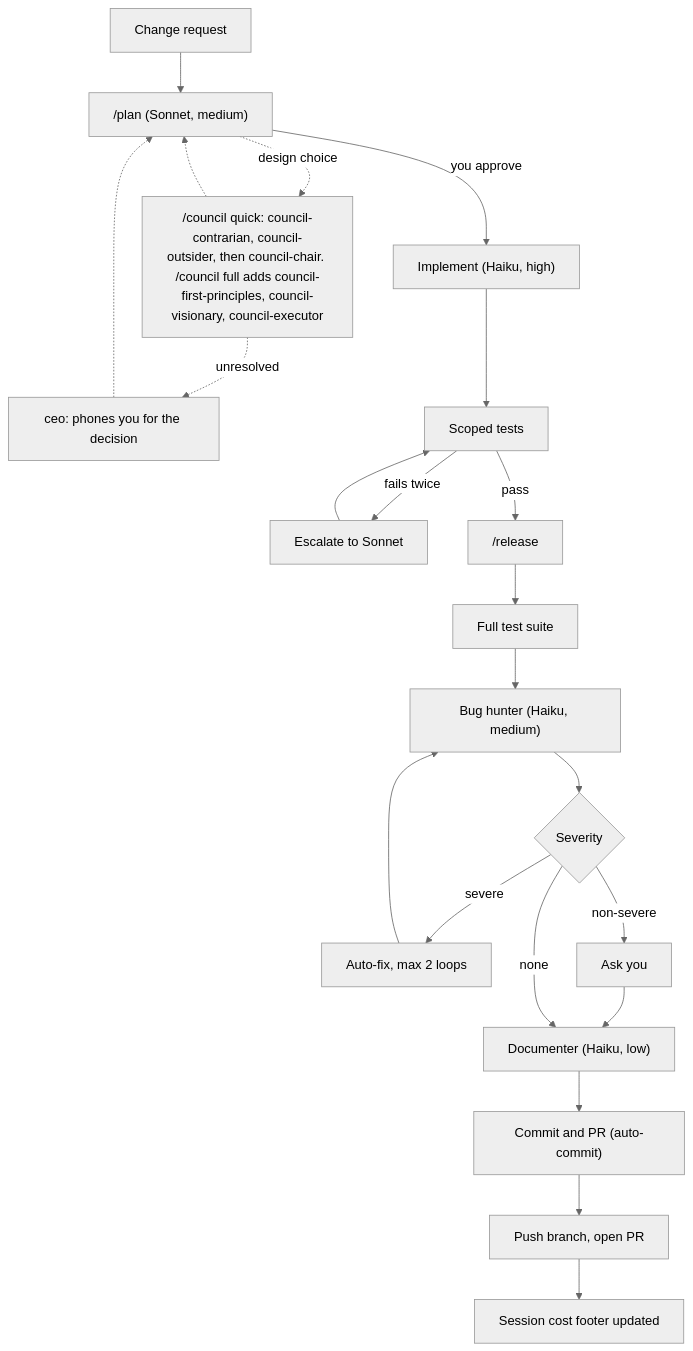
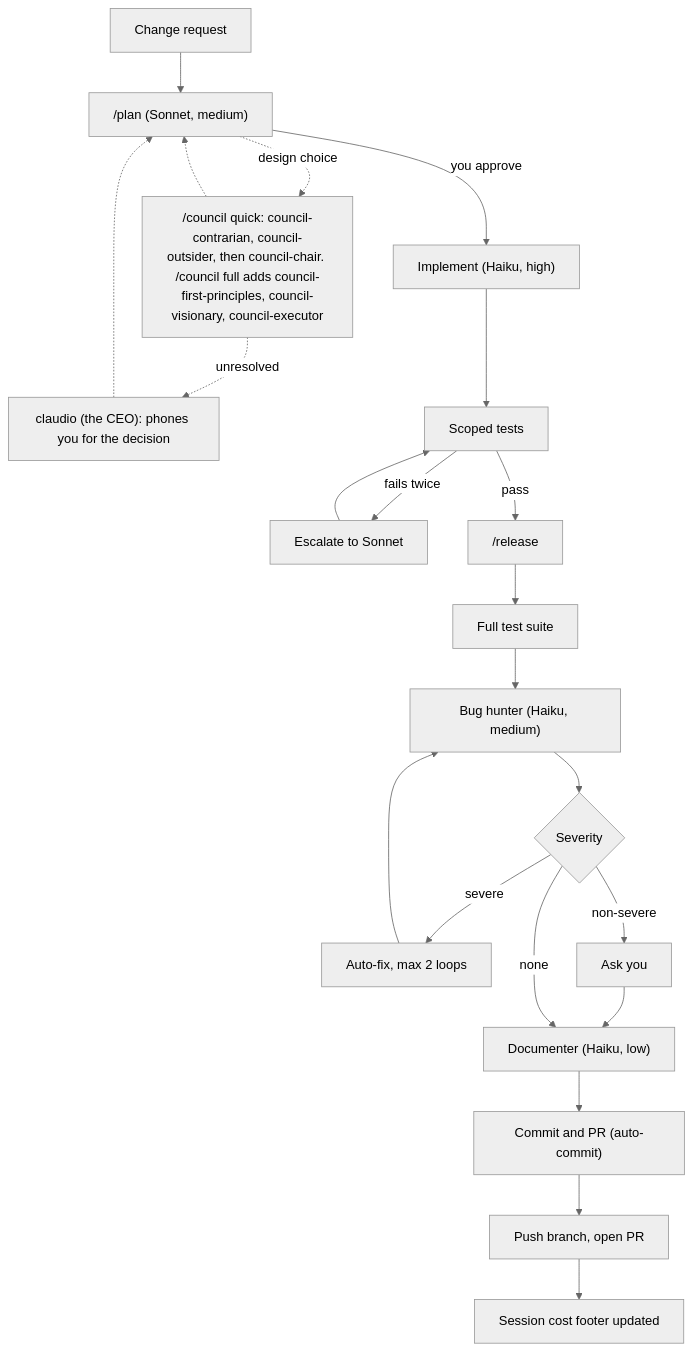
The diagram in README.md (destaben/dotclaude), drawn with Mermaid (neutral theme) before and after one commit. The commit also changed other lines of this file and 7 other files, not shown here.

First line of the commit message:
feat(claudio): name the CEO agent Claudio

````diff
--- a/README.md
+++ b/README.md
@@ -96,24 +96,24 @@
 ```mermaid
 flowchart TD
     A[Change request] --> B["/plan (Sonnet, medium)"]
     B -.->|design choice| Q["/council quick: council-contrarian, council-outsider, then council-chair. /council full adds council-first-principles, council-visionary, council-executor"]
     Q -.-> B
-    Q -.->|unresolved| U["ceo: phones you for the decision"]
+    Q -.->|unresolved| U["claudio (the CEO): phones you for the decision"]
     U -.-> B
     B -->|you approve| C["Implement (Haiku, high)"]
     C --> D[Scoped tests]
     D -->|fails twice| E[Escalate to Sonnet]
     E --> D
     D -->|pass| F["/release"]
     F --> G[Full test suite]
     G --> H["Bug hunter (Haiku, medium)"]
     H --> I{Severity}
     I -->|severe| J[Auto-fix, max 2 loops]
     J --> H
     I -->|non-severe| K[Ask you]
     K --> M
     I -->|none| M["Documenter (Haiku, low)"]
     M --> N["Commit and PR (auto-commit)"]
     N --> O[Push branch, open PR]
     O --> P[Session cost footer updated]
 ```
````
